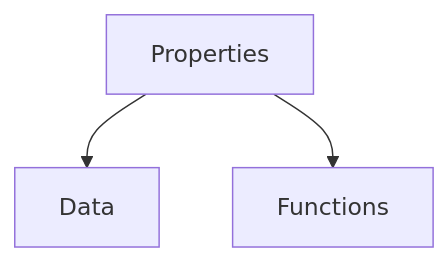
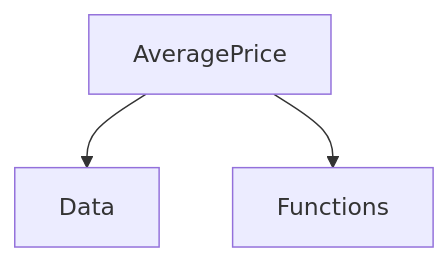
Before and after one commit to nashville-software-school/client-side-mastery: the first of 2 diagrams in book-1-queen-bee/chapters/SURF_DIAGRAM.md, drawn with Mermaid. The commit also changed other lines of this file and 14 other files, not shown here.

````diff
--- a/book-1-queen-bee/chapters/SURF_DIAGRAM.md
+++ b/book-1-queen-bee/chapters/SURF_DIAGRAM.md
@@ -19,5 +21,5 @@
 ```mermaid
 graph TD;
-    Properties-->Data;
-    Properties-->Functions;
+    AveragePrice-->Data;
+    AveragePrice-->Functions;
 ```
````
